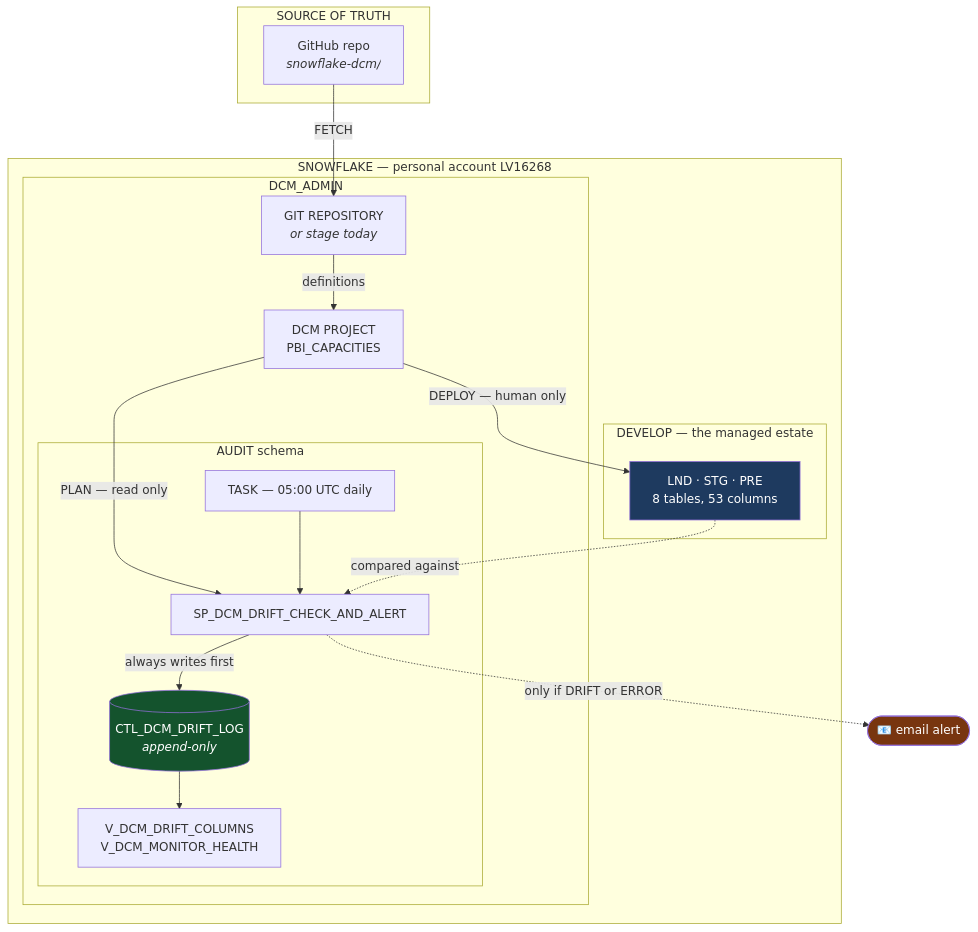
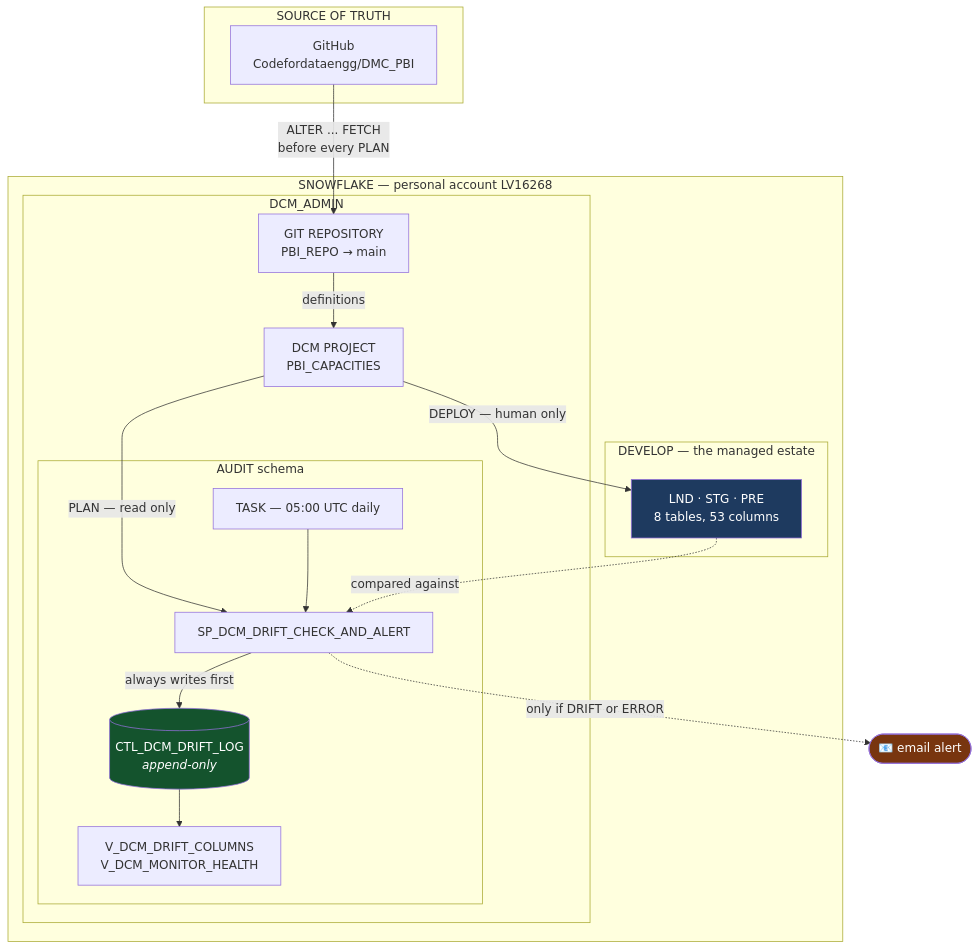
Before and after one commit to Codefordataengg/DMC_PBI: the second of 4 diagrams in docs/DCM_ARCHITECTURE.md, drawn with Mermaid. The commit also changed other lines of this file, not shown here.

First line of the commit message:
Docs: git as source of truth, F8, new failure modes

````diff
--- a/docs/DCM_ARCHITECTURE.md
+++ b/docs/DCM_ARCHITECTURE.md
@@ -40,38 +40,38 @@
 ```mermaid
 flowchart TB
     subgraph src["SOURCE OF TRUTH"]
-        G["GitHub repo<br/><i>snowflake-dcm/</i>"]
+        G["GitHub<br/>Codefordataengg/DMC_PBI"]
     end
 
     subgraph sf["SNOWFLAKE — personal account LV16268"]
         subgraph admin["DCM_ADMIN"]
-            R["GIT REPOSITORY<br/><i>or stage today</i>"]
+            R["GIT REPOSITORY<br/>PBI_REPO → main"]
             P["DCM PROJECT<br/>PBI_CAPACITIES"]
             subgraph aud["AUDIT schema"]
                 L[("CTL_DCM_DRIFT_LOG<br/><i>append-only</i>")]
                 V["V_DCM_DRIFT_COLUMNS<br/>V_DCM_MONITOR_HEALTH"]
                 SP["SP_DCM_DRIFT_CHECK_AND_ALERT"]
                 T["TASK — 05:00 UTC daily"]
             end
         end
         subgraph dev["DEVELOP — the managed estate"]
             D["LND · STG · PRE<br/>8 tables, 53 columns"]
         end
     end
 
     M(["📧 email alert"])
 
-    G -->|FETCH| R
+    G -->|"ALTER ... FETCH<br/>before every PLAN"| R
     R -->|"definitions"| P
     P -->|PLAN — read only| SP
     P -->|"DEPLOY — human only"| D
     T --> SP
     SP -->|"always writes first"| L
     L --> V
     SP -.->|"only if DRIFT or ERROR"| M
     D -.->|"compared against"| SP
 
     style D fill:#1e3a5f,color:#fff
     style L fill:#14532d,color:#fff
     style M fill:#78350f,color:#fff
 ```
````
